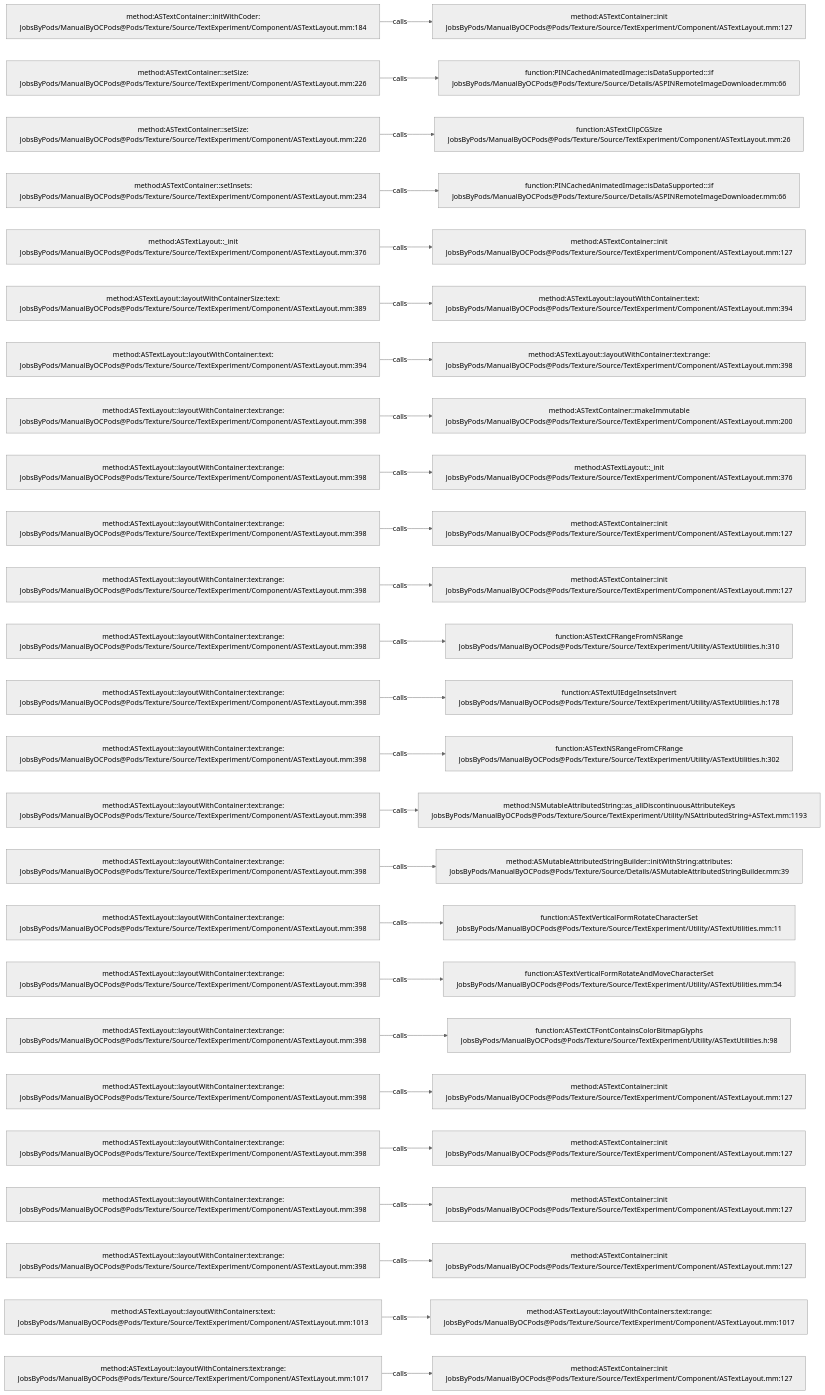
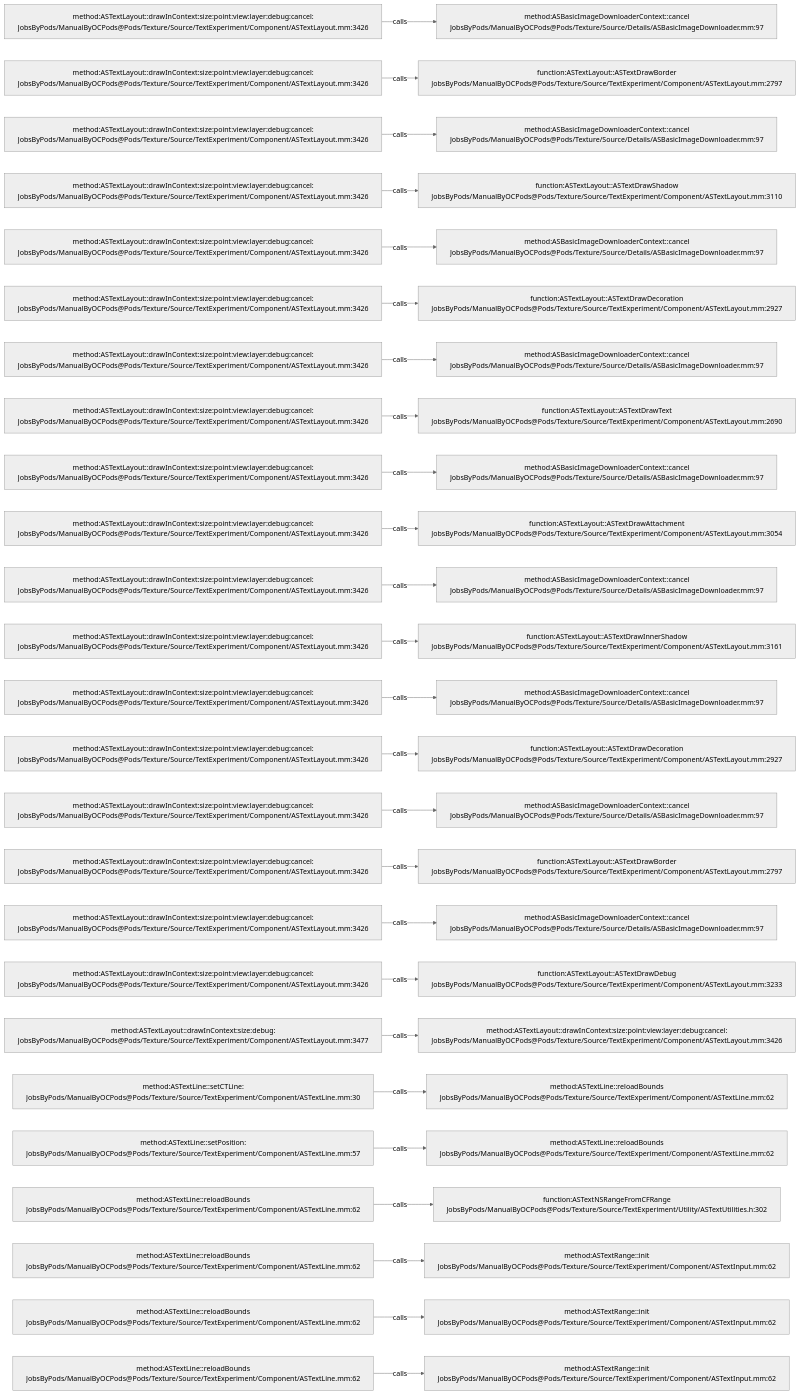
The diagram in .codegraph/codegraph.md/graphs/calls-199.md (JobsKits/JobsOCBaseConfigDemo), drawn with Mermaid (neutral theme) before and after one commit. The commit also changed 1448 other files, not shown here.

````diff
--- a/.codegraph/codegraph.md/graphs/calls-199.md
+++ b/.codegraph/codegraph.md/graphs/calls-199.md
@@ -13,78 +13,78 @@
 ```mermaid
 flowchart LR
-  S1["method:ASTextContainer::initWithCoder:<br/>JobsByPods/ManualByOCPods@Pods/Texture/Source/TextExperiment/Component/ASTextLayout.mm:184"]
-  T1["method:ASTextContainer::init<br/>JobsByPods/ManualByOCPods@Pods/Texture/Source/TextExperiment/Component/ASTextLayout.mm:127"]
+  S1["method:ASTextLayout::drawInContext:size:point:view:layer:debug:cancel:<br/>JobsByPods/ManualByOCPods@Pods/Texture/Source/TextExperiment/Component/ASTextLayout.mm:3426"]
+  T1["method:ASBasicImageDownloaderContext::cancel<br/>JobsByPods/ManualByOCPods@Pods/Texture/Source/Details/ASBasicImageDownloader.mm:97"]
   S1 -->|calls| T1
-  S2["method:ASTextContainer::setSize:<br/>JobsByPods/ManualByOCPods@Pods/Texture/Source/TextExperiment/Component/ASTextLayout.mm:226"]
-  T2["function:PINCachedAnimatedImage::isDataSupported:::if<br/>JobsByPods/ManualByOCPods@Pods/Texture/Source/Details/ASPINRemoteImageDownloader.mm:66"]
+  S2["method:ASTextLayout::drawInContext:size:point:view:layer:debug:cancel:<br/>JobsByPods/ManualByOCPods@Pods/Texture/Source/TextExperiment/Component/ASTextLayout.mm:3426"]
+  T2["function:ASTextLayout::ASTextDrawBorder<br/>JobsByPods/ManualByOCPods@Pods/Texture/Source/TextExperiment/Component/ASTextLayout.mm:2797"]
   S2 -->|calls| T2
-  S3["method:ASTextContainer::setSize:<br/>JobsByPods/ManualByOCPods@Pods/Texture/Source/TextExperiment/Component/ASTextLayout.mm:226"]
-  T3["function:ASTextClipCGSize<br/>JobsByPods/ManualByOCPods@Pods/Texture/Source/TextExperiment/Component/ASTextLayout.mm:26"]
+  S3["method:ASTextLayout::drawInContext:size:point:view:layer:debug:cancel:<br/>JobsByPods/ManualByOCPods@Pods/Texture/Source/TextExperiment/Component/ASTextLayout.mm:3426"]
+  T3["method:ASBasicImageDownloaderContext::cancel<br/>JobsByPods/ManualByOCPods@Pods/Texture/Source/Details/ASBasicImageDownloader.mm:97"]
   S3 -->|calls| T3
-  S4["method:ASTextContainer::setInsets:<br/>JobsByPods/ManualByOCPods@Pods/Texture/Source/TextExperiment/Component/ASTextLayout.mm:234"]
-  T4["function:PINCachedAnimatedImage::isDataSupported:::if<br/>JobsByPods/ManualByOCPods@Pods/Texture/Source/Details/ASPINRemoteImageDownloader.mm:66"]
+  S4["method:ASTextLayout::drawInContext:size:point:view:layer:debug:cancel:<br/>JobsByPods/ManualByOCPods@Pods/Texture/Source/TextExperiment/Component/ASTextLayout.mm:3426"]
+  T4["function:ASTextLayout::ASTextDrawShadow<br/>JobsByPods/ManualByOCPods@Pods/Texture/Source/TextExperiment/Component/ASTextLayout.mm:3110"]
   S4 -->|calls| T4
-  S5["method:ASTextLayout::_init<br/>JobsByPods/ManualByOCPods@Pods/Texture/Source/TextExperiment/Component/ASTextLayout.mm:376"]
-  T5["method:ASTextContainer::init<br/>JobsByPods/ManualByOCPods@Pods/Texture/Source/TextExperiment/Component/ASTextLayout.mm:127"]
+  S5["method:ASTextLayout::drawInContext:size:point:view:layer:debug:cancel:<br/>JobsByPods/ManualByOCPods@Pods/Texture/Source/TextExperiment/Component/ASTextLayout.mm:3426"]
+  T5["method:ASBasicImageDownloaderContext::cancel<br/>JobsByPods/ManualByOCPods@Pods/Texture/Source/Details/ASBasicImageDownloader.mm:97"]
   S5 -->|calls| T5
-  S6["method:ASTextLayout::layoutWithContainerSize:text:<br/>JobsByPods/ManualByOCPods@Pods/Texture/Source/TextExperiment/Component/ASTextLayout.mm:389"]
-  T6["method:ASTextLayout::layoutWithContainer:text:<br/>JobsByPods/ManualByOCPods@Pods/Texture/Source/TextExperiment/Component/ASTextLayout.mm:394"]
+  S6["method:ASTextLayout::drawInContext:size:point:view:layer:debug:cancel:<br/>JobsByPods/ManualByOCPods@Pods/Texture/Source/TextExperiment/Component/ASTextLayout.mm:3426"]
+  T6["function:ASTextLayout::ASTextDrawDecoration<br/>JobsByPods/ManualByOCPods@Pods/Texture/Source/TextExperiment/Component/ASTextLayout.mm:2927"]
   S6 -->|calls| T6
-  S7["method:ASTextLayout::layoutWithContainer:text:<br/>JobsByPods/ManualByOCPods@Pods/Texture/Source/TextExperiment/Component/ASTextLayout.mm:394"]
-  T7["method:ASTextLayout::layoutWithContainer:text:range:<br/>JobsByPods/ManualByOCPods@Pods/Texture/Source/TextExperiment/Component/ASTextLayout.mm:398"]
+  S7["method:ASTextLayout::drawInContext:size:point:view:layer:debug:cancel:<br/>JobsByPods/ManualByOCPods@Pods/Texture/Source/TextExperiment/Component/ASTextLayout.mm:3426"]
+  T7["method:ASBasicImageDownloaderContext::cancel<br/>JobsByPods/ManualByOCPods@Pods/Texture/Source/Details/ASBasicImageDownloader.mm:97"]
   S7 -->|calls| T7
-  S8["method:ASTextLayout::layoutWithContainer:text:range:<br/>JobsByPods/ManualByOCPods@Pods/Texture/Source/TextExperiment/Component/ASTextLayout.mm:398"]
-  T8["method:ASTextContainer::makeImmutable<br/>JobsByPods/ManualByOCPods@Pods/Texture/Source/TextExperiment/Component/ASTextLayout.mm:200"]
+  S8["method:ASTextLayout::drawInContext:size:point:view:layer:debug:cancel:<br/>JobsByPods/ManualByOCPods@Pods/Texture/Source/TextExperiment/Component/ASTextLayout.mm:3426"]
+  T8["function:ASTextLayout::ASTextDrawText<br/>JobsByPods/ManualByOCPods@Pods/Texture/Source/TextExperiment/Component/ASTextLayout.mm:2690"]
   S8 -->|calls| T8
-  S9["method:ASTextLayout::layoutWithContainer:text:range:<br/>JobsByPods/ManualByOCPods@Pods/Texture/Source/TextExperiment/Component/ASTextLayout.mm:398"]
-  T9["method:ASTextLayout::_init<br/>JobsByPods/ManualByOCPods@Pods/Texture/Source/TextExperiment/Component/ASTextLayout.mm:376"]
+  S9["method:ASTextLayout::drawInContext:size:point:view:layer:debug:cancel:<br/>JobsByPods/ManualByOCPods@Pods/Texture/Source/TextExperiment/Component/ASTextLayout.mm:3426"]
+  T9["method:ASBasicImageDownloaderContext::cancel<br/>JobsByPods/ManualByOCPods@Pods/Texture/Source/Details/ASBasicImageDownloader.mm:97"]
   S9 -->|calls| T9
-  S10["method:ASTextLayout::layoutWithContainer:text:range:<br/>JobsByPods/ManualByOCPods@Pods/Texture/Source/TextExperiment/Component/ASTextLayout.mm:398"]
-  T10["method:ASTextContainer::init<br/>JobsByPods/ManualByOCPods@Pods/Texture/Source/TextExperiment/Component/ASTextLayout.mm:127"]
+  S10["method:ASTextLayout::drawInContext:size:point:view:layer:debug:cancel:<br/>JobsByPods/ManualByOCPods@Pods/Texture/Source/TextExperiment/Component/ASTextLayout.mm:3426"]
+  T10["function:ASTextLayout::ASTextDrawAttachment<br/>JobsByPods/ManualByOCPods@Pods/Texture/Source/TextExperiment/Component/ASTextLayout.mm:3054"]
   S10 -->|calls| T10
-  S11["method:ASTextLayout::layoutWithContainer:text:range:<br/>JobsByPods/ManualByOCPods@Pods/Texture/Source/TextExperiment/Component/ASTextLayout.mm:398"]
-  T11["method:ASTextContainer::init<br/>JobsByPods/ManualByOCPods@Pods/Texture/Source/TextExperiment/Component/ASTextLayout.mm:127"]
+  S11["method:ASTextLayout::drawInContext:size:point:view:layer:debug:cancel:<br/>JobsByPods/ManualByOCPods@Pods/Texture/Source/TextExperiment/Component/ASTextLayout.mm:3426"]
+  T11["method:ASBasicImageDownloaderContext::cancel<br/>JobsByPods/ManualByOCPods@Pods/Texture/Source/Details/ASBasicImageDownloader.mm:97"]
   S11 -->|calls| T11
-  S12["method:ASTextLayout::layoutWithContainer:text:range:<br/>JobsByPods/ManualByOCPods@Pods/Texture/Source/TextExperiment/Component/ASTextLayout.mm:398"]
-  T12["function:ASTextCFRangeFromNSRange<br/>JobsByPods/ManualByOCPods@Pods/Texture/Source/TextExperiment/Utility/ASTextUtilities.h:310"]
+  S12["method:ASTextLayout::drawInContext:size:point:view:layer:debug:cancel:<br/>JobsByPods/ManualByOCPods@Pods/Texture/Source/TextExperiment/Component/ASTextLayout.mm:3426"]
+  T12["function:ASTextLayout::ASTextDrawInnerShadow<br/>JobsByPods/ManualByOCPods@Pods/Texture/Source/TextExperiment/Component/ASTextLayout.mm:3161"]
   S12 -->|calls| T12
-  S13["method:ASTextLayout::layoutWithContainer:text:range:<br/>JobsByPods/ManualByOCPods@Pods/Texture/Source/TextExperiment/Component/ASTextLayout.mm:398"]
-  T13["function:ASTextUIEdgeInsetsInvert<br/>JobsByPods/ManualByOCPods@Pods/Texture/Source/TextExperiment/Utility/ASTextUtilities.h:178"]
+  S13["method:ASTextLayout::drawInContext:size:point:view:layer:debug:cancel:<br/>JobsByPods/ManualByOCPods@Pods/Texture/Source/TextExperiment/Component/ASTextLayout.mm:3426"]
+  T13["method:ASBasicImageDownloaderContext::cancel<br/>JobsByPods/ManualByOCPods@Pods/Texture/Source/Details/ASBasicImageDownloader.mm:97"]
   S13 -->|calls| T13
-  S14["method:ASTextLayout::layoutWithContainer:text:range:<br/>JobsByPods/ManualByOCPods@Pods/Texture/Source/TextExperiment/Component/ASTextLayout.mm:398"]
-  T14["function:ASTextNSRangeFromCFRange<br/>JobsByPods/ManualByOCPods@Pods/Texture/Source/TextExperiment/Utility/ASTextUtilities.h:302"]
+  S14["method:ASTextLayout::drawInContext:size:point:view:layer:debug:cancel:<br/>JobsByPods/ManualByOCPods@Pods/Texture/Source/TextExperiment/Component/ASTextLayout.mm:3426"]
+  T14["function:ASTextLayout::ASTextDrawDecoration<br/>JobsByPods/ManualByOCPods@Pods/Texture/Source/TextExperiment/Component/ASTextLayout.mm:2927"]
   S14 -->|calls| T14
-  S15["method:ASTextLayout::layoutWithContainer:text:range:<br/>JobsByPods/ManualByOCPods@Pods/Texture/Source/TextExperiment/Component/ASTextLayout.mm:398"]
-  T15["method:NSMutableAttributedString::as_allDiscontinuousAttributeKeys<br/>JobsByPods/ManualByOCPods@Pods/Texture/Source/TextExperiment/Utility/NSAttributedString+ASText.mm:1193"]
+  S15["method:ASTextLayout::drawInContext:size:point:view:layer:debug:cancel:<br/>JobsByPods/ManualByOCPods@Pods/Texture/Source/TextExperiment/Component/ASTextLayout.mm:3426"]
+  T15["method:ASBasicImageDownloaderContext::cancel<br/>JobsByPods/ManualByOCPods@Pods/Texture/Source/Details/ASBasicImageDownloader.mm:97"]
   S15 -->|calls| T15
-  S16["method:ASTextLayout::layoutWithContainer:text:range:<br/>JobsByPods/ManualByOCPods@Pods/Texture/Source/TextExperiment/Component/ASTextLayout.mm:398"]
-  T16["method:ASMutableAttributedStringBuilder::initWithString:attributes:<br/>JobsByPods/ManualByOCPods@Pods/Texture/Source/Details/ASMutableAttributedStringBuilder.mm:39"]
+  S16["method:ASTextLayout::drawInContext:size:point:view:layer:debug:cancel:<br/>JobsByPods/ManualByOCPods@Pods/Texture/Source/TextExperiment/Component/ASTextLayout.mm:3426"]
+  T16["function:ASTextLayout::ASTextDrawBorder<br/>JobsByPods/ManualByOCPods@Pods/Texture/Source/TextExperiment/Component/ASTextLayout.mm:2797"]
   S16 -->|calls| T16
-  S17["method:ASTextLayout::layoutWithContainer:text:range:<br/>JobsByPods/ManualByOCPods@Pods/Texture/Source/TextExperiment/Component/ASTextLayout.mm:398"]
-  T17["function:ASTextVerticalFormRotateCharacterSet<br/>JobsByPods/ManualByOCPods@Pods/Texture/Source/TextExperiment/Utility/ASTextUtilities.mm:11"]
+  S17["method:ASTextLayout::drawInContext:size:point:view:layer:debug:cancel:<br/>JobsByPods/ManualByOCPods@Pods/Texture/Source/TextExperiment/Component/ASTextLayout.mm:3426"]
+  T17["method:ASBasicImageDownloaderContext::cancel<br/>JobsByPods/ManualByOCPods@Pods/Texture/Source/Details/ASBasicImageDownloader.mm:97"]
   S17 -->|calls| T17
-  S18["method:ASTextLayout::layoutWithContainer:text:range:<br/>JobsByPods/ManualByOCPods@Pods/Texture/Source/TextExperiment/Component/ASTextLayout.mm:398"]
-  T18["function:ASTextVerticalFormRotateAndMoveCharacterSet<br/>JobsByPods/ManualByOCPods@Pods/Texture/Source/TextExperiment/Utility/ASTextUtilities.mm:54"]
+  S18["method:ASTextLayout::drawInContext:size:point:view:layer:debug:cancel:<br/>JobsByPods/ManualByOCPods@Pods/Texture/Source/TextExperiment/Component/ASTextLayout.mm:3426"]
+  T18["function:ASTextLayout::ASTextDrawDebug<br/>JobsByPods/ManualByOCPods@Pods/Texture/Source/TextExperiment/Component/ASTextLayout.mm:3233"]
   S18 -->|calls| T18
-  S19["method:ASTextLayout::layoutWithContainer:text:range:<br/>JobsByPods/ManualByOCPods@Pods/Texture/Source/TextExperiment/Component/ASTextLayout.mm:398"]
-  T19["function:ASTextCTFontContainsColorBitmapGlyphs<br/>JobsByPods/ManualByOCPods@Pods/Texture/Source/TextExperiment/Utility/ASTextUtilities.h:98"]
+  S19["method:ASTextLayout::drawInContext:size:debug:<br/>JobsByPods/ManualByOCPods@Pods/Texture/Source/TextExperiment/Component/ASTextLayout.mm:3477"]
+  T19["method:ASTextLayout::drawInContext:size:point:view:layer:debug:cancel:<br/>JobsByPods/ManualByOCPods@Pods/Texture/Source/TextExperiment/Component/ASTextLayout.mm:3426"]
   S19 -->|calls| T19
-  S20["method:ASTextLayout::layoutWithContainer:text:range:<br/>JobsByPods/ManualByOCPods@Pods/Texture/Source/TextExperiment/Component/ASTextLayout.mm:398"]
-  T20["method:ASTextContainer::init<br/>JobsByPods/ManualByOCPods@Pods/Texture/Source/TextExperiment/Component/ASTextLayout.mm:127"]
+  S20["method:ASTextLine::setCTLine:<br/>JobsByPods/ManualByOCPods@Pods/Texture/Source/TextExperiment/Component/ASTextLine.mm:30"]
+  T20["method:ASTextLine::reloadBounds<br/>JobsByPods/ManualByOCPods@Pods/Texture/Source/TextExperiment/Component/ASTextLine.mm:62"]
   S20 -->|calls| T20
-  S21["method:ASTextLayout::layoutWithContainer:text:range:<br/>JobsByPods/ManualByOCPods@Pods/Texture/Source/TextExperiment/Component/ASTextLayout.mm:398"]
-  T21["method:ASTextContainer::init<br/>JobsByPods/ManualByOCPods@Pods/Texture/Source/TextExperiment/Component/ASTextLayout.mm:127"]
+  S21["method:ASTextLine::setPosition:<br/>JobsByPods/ManualByOCPods@Pods/Texture/Source/TextExperiment/Component/ASTextLine.mm:57"]
+  T21["method:ASTextLine::reloadBounds<br/>JobsByPods/ManualByOCPods@Pods/Texture/Source/TextExperiment/Component/ASTextLine.mm:62"]
   S21 -->|calls| T21
-  S22["method:ASTextLayout::layoutWithContainer:text:range:<br/>JobsByPods/ManualByOCPods@Pods/Texture/Source/TextExperiment/Component/ASTextLayout.mm:398"]
-  T22["method:ASTextContainer::init<br/>JobsByPods/ManualByOCPods@Pods/Texture/Source/TextExperiment/Component/ASTextLayout.mm:127"]
+  S22["method:ASTextLine::reloadBounds<br/>JobsByPods/ManualByOCPods@Pods/Texture/Source/TextExperiment/Component/ASTextLine.mm:62"]
+  T22["function:ASTextNSRangeFromCFRange<br/>JobsByPods/ManualByOCPods@Pods/Texture/Source/TextExperiment/Utility/ASTextUtilities.h:302"]
   S22 -->|calls| T22
-  S23["method:ASTextLayout::layoutWithContainer:text:range:<br/>JobsByPods/ManualByOCPods@Pods/Texture/Source/TextExperiment/Component/ASTextLayout.mm:398"]
-  T23["method:ASTextContainer::init<br/>JobsByPods/ManualByOCPods@Pods/Texture/Source/TextExperiment/Component/ASTextLayout.mm:127"]
+  S23["method:ASTextLine::reloadBounds<br/>JobsByPods/ManualByOCPods@Pods/Texture/Source/TextExperiment/Component/ASTextLine.mm:62"]
+  T23["method:ASTextRange::init<br/>JobsByPods/ManualByOCPods@Pods/Texture/Source/TextExperiment/Component/ASTextInput.mm:62"]
   S23 -->|calls| T23
-  S24["method:ASTextLayout::layoutWithContainers:text:<br/>JobsByPods/ManualByOCPods@Pods/Texture/Source/TextExperiment/Component/ASTextLayout.mm:1013"]
-  T24["method:ASTextLayout::layoutWithContainers:text:range:<br/>JobsByPods/ManualByOCPods@Pods/Texture/Source/TextExperiment/Component/ASTextLayout.mm:1017"]
+  S24["method:ASTextLine::reloadBounds<br/>JobsByPods/ManualByOCPods@Pods/Texture/Source/TextExperiment/Component/ASTextLine.mm:62"]
+  T24["method:ASTextRange::init<br/>JobsByPods/ManualByOCPods@Pods/Texture/Source/TextExperiment/Component/ASTextInput.mm:62"]
   S24 -->|calls| T24
-  S25["method:ASTextLayout::layoutWithContainers:text:range:<br/>JobsByPods/ManualByOCPods@Pods/Texture/Source/TextExperiment/Component/ASTextLayout.mm:1017"]
-  T25["method:ASTextContainer::init<br/>JobsByPods/ManualByOCPods@Pods/Texture/Source/TextExperiment/Component/ASTextLayout.mm:127"]
+  S25["method:ASTextLine::reloadBounds<br/>JobsByPods/ManualByOCPods@Pods/Texture/Source/TextExperiment/Component/ASTextLine.mm:62"]
+  T25["method:ASTextRange::init<br/>JobsByPods/ManualByOCPods@Pods/Texture/Source/TextExperiment/Component/ASTextInput.mm:62"]
   S25 -->|calls| T25
 ```
````
